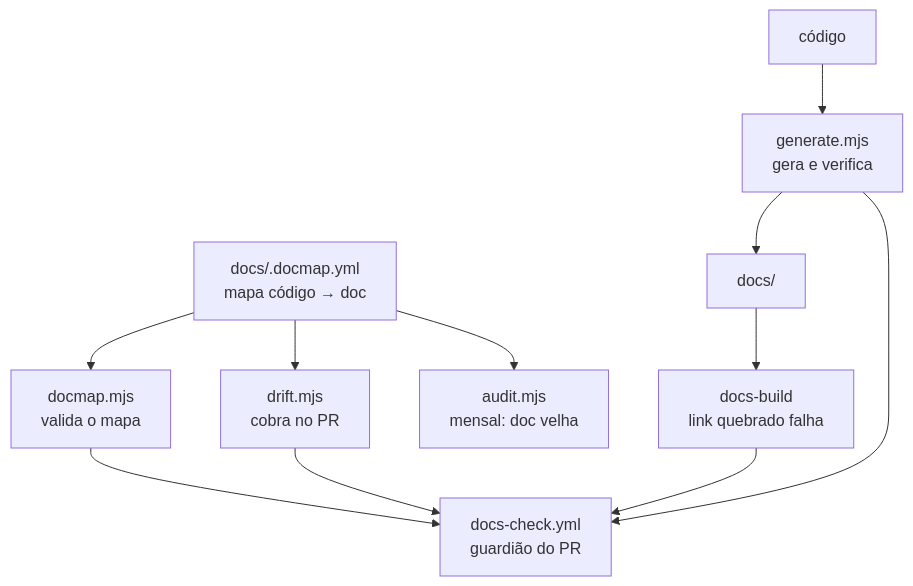
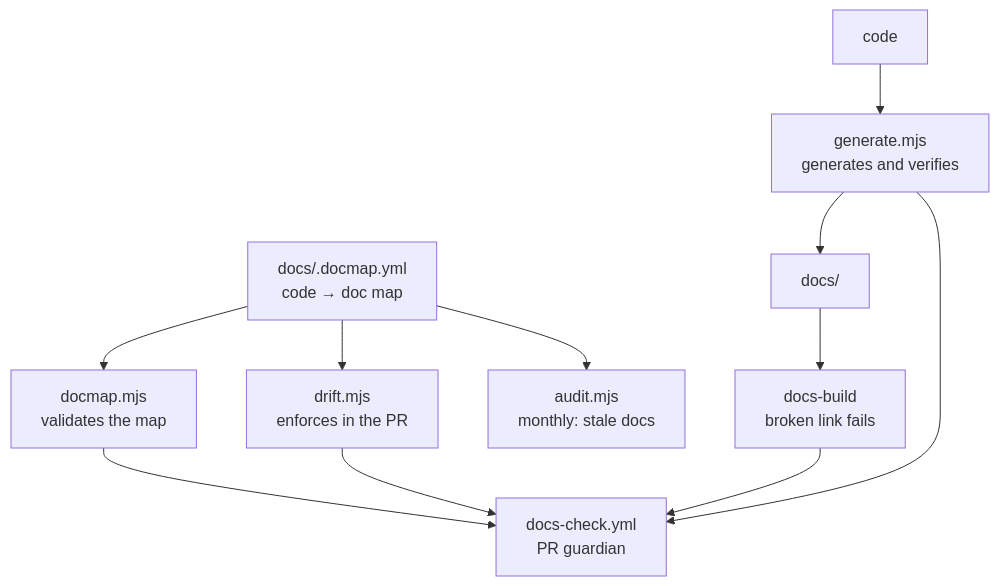
The diagram in docs/explanation/documentation-workflow.md (daneiel/brabo), drawn with Mermaid before and after one commit. The commit also changed other lines of this file and 303 other files, not shown here.

````diff
--- a/docs/explanation/documentation-workflow.md
+++ b/docs/explanation/documentation-workflow.md
@@ -80,13 +89,13 @@
 ```mermaid
 flowchart TD
-  A[docs/.docmap.yml<br/>mapa código → doc] --> B[docmap.mjs<br/>valida o mapa]
-  A --> C[drift.mjs<br/>cobra no PR]
-  D[código] --> E[generate.mjs<br/>gera e verifica]
+  A[docs/.docmap.yml<br/>code → doc map] --> B[docmap.mjs<br/>validates the map]
+  A --> C[drift.mjs<br/>enforces in the PR]
+  D[code] --> E[generate.mjs<br/>generates and verifies]
   E --> F[docs/]
-  C --> G[docs-check.yml<br/>guardião do PR]
+  C --> G[docs-check.yml<br/>PR guardian]
   B --> G
   E --> G
-  F --> H[docs-build<br/>link quebrado falha]
+  F --> H[docs-build<br/>broken link fails]
   H --> G
-  A --> I[audit.mjs<br/>mensal: doc velha]
+  A --> I[audit.mjs<br/>monthly: stale docs]
 ```
````
